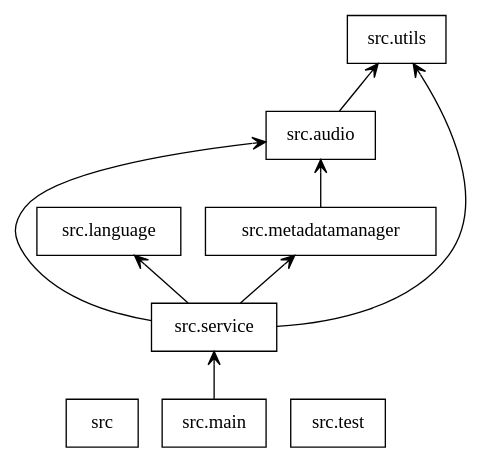
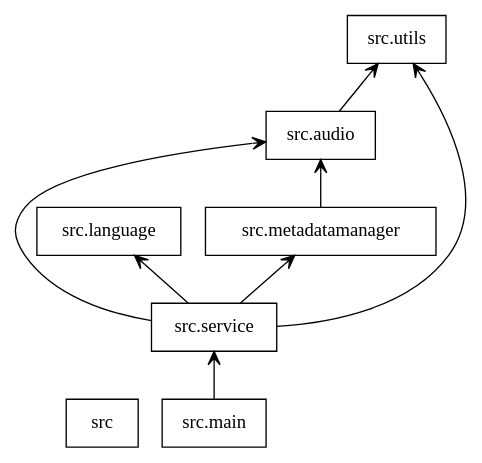
One commit to tdkhanhvu/VoiceScraping changed the diagram in packages.dot. Above: the diagram before and after it, drawn with Graphviz. The commit also changed 2 other files, not shown here.

Commit message:
Update class diagram

```diff
--- a/packages.dot
+++ b/packages.dot
@@ -1,19 +1,18 @@
 digraph "packages" {
 rankdir=BT
 charset="utf-8"
 "src" [color="black", label="src", shape="box", style="solid"];
 "src.audio" [color="black", label="src.audio", shape="box", style="solid"];
 "src.language" [color="black", label="src.language", shape="box", style="solid"];
 "src.main" [color="black", label="src.main", shape="box", style="solid"];
 "src.metadatamanager" [color="black", label="src.metadatamanager", shape="box", style="solid"];
 "src.service" [color="black", label="src.service", shape="box", style="solid"];
-"src.test" [color="black", label="src.test", shape="box", style="solid"];
 "src.utils" [color="black", label="src.utils", shape="box", style="solid"];
 "src.audio" -> "src.utils" [arrowhead="open", arrowtail="none"];
 "src.main" -> "src.service" [arrowhead="open", arrowtail="none"];
 "src.metadatamanager" -> "src.audio" [arrowhead="open", arrowtail="none"];
 "src.service" -> "src.audio" [arrowhead="open", arrowtail="none"];
 "src.service" -> "src.language" [arrowhead="open", arrowtail="none"];
 "src.service" -> "src.metadatamanager" [arrowhead="open", arrowtail="none"];
 "src.service" -> "src.utils" [arrowhead="open", arrowtail="none"];
 }
```
